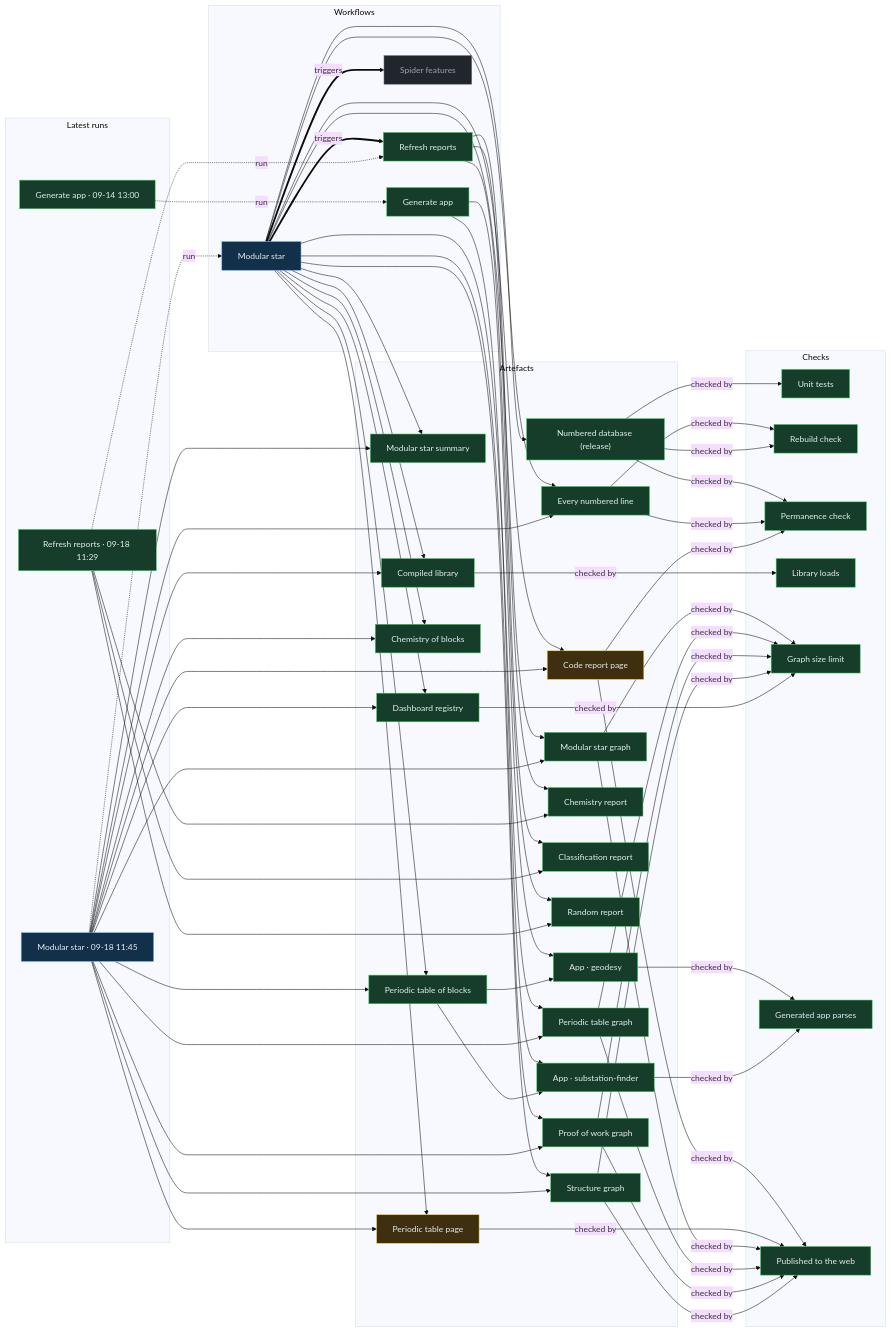
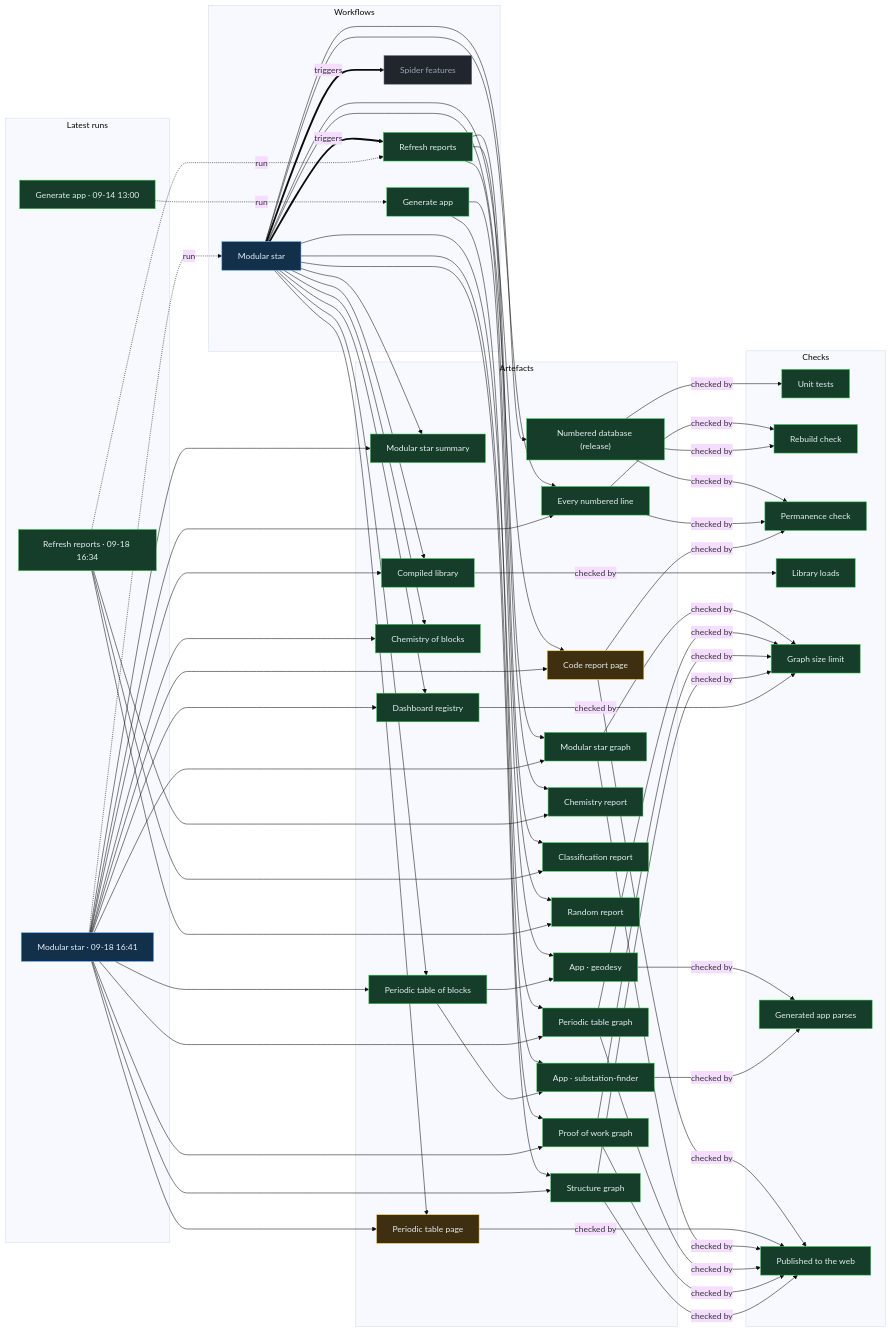
Before and after one commit to Ventusltd/stars: the diagram in proof/PROOF.md, drawn with Mermaid (base theme). The commit also changed other lines of this file and 101 other files, not shown here.

Commit message:
Modular star 2026-09-18T16:44Z

```diff
--- a/proof/PROOF.md
+++ b/proof/PROOF.md
@@ -24,8 +24,8 @@
   n_wf_spider_features["Spider features"]:::off
   end
   subgraph g_runs["Latest runs"]
-  n_run_35341212016["Modular star · 09-18 11:45"]:::live
-  n_run_35339924554["Refresh reports · 09-18 11:29"]:::ok
+  n_run_35369991851["Modular star · 09-18 16:41"]:::live
+  n_run_35369268768["Refresh reports · 09-18 16:34"]:::ok
   n_run_34846587798["Generate app · 09-14 13:00"]:::ok
   end
   subgraph g_artefacts["Artefacts"]
@@ -59,39 +59,39 @@
   end
   n_wf_modular_star == triggers ==> n_wf_refresh
   n_wf_modular_star == triggers ==> n_wf_spider_features
-  n_run_35341212016 -. run .-> n_wf_modular_star
-  n_run_35339924554 -. run .-> n_wf_refresh
+  n_run_35369991851 -. run .-> n_wf_modular_star
+  n_run_35369268768 -. run .-> n_wf_refresh
   n_run_34846587798 -. run .-> n_wf_generate
   n_wf_modular_star --> n_art_summary
-  n_run_35341212016 --> n_art_summary
+  n_run_35369991851 --> n_art_summary
   n_wf_modular_star --> n_art_lines
-  n_run_35341212016 --> n_art_lines
+  n_run_35369991851 --> n_art_lines
   n_wf_modular_star --> n_art_code
-  n_run_35341212016 --> n_art_code
+  n_run_35369991851 --> n_art_code
   n_wf_modular_star --> n_art_modular_graph
-  n_run_35341212016 --> n_art_modular_graph
+  n_run_35369991851 --> n_art_modular_graph
   n_wf_modular_star --> n_art_blocks
-  n_run_35341212016 --> n_art_blocks
+  n_run_35369991851 --> n_art_blocks
   n_wf_modular_star --> n_art_table
-  n_run_35341212016 --> n_art_table
+  n_run_35369991851 --> n_art_table
   n_wf_modular_star --> n_art_blocks_graph
-  n_run_35341212016 --> n_art_blocks_graph
+  n_run_35369991851 --> n_art_blocks_graph
   n_wf_modular_star --> n_art_reactions
-  n_run_35341212016 --> n_art_reactions
+  n_run_35369991851 --> n_art_reactions
   n_wf_modular_star --> n_art_library
-  n_run_35341212016 --> n_art_library
+  n_run_35369991851 --> n_art_library
   n_wf_modular_star --> n_art_features
-  n_run_35341212016 --> n_art_features
+  n_run_35369991851 --> n_art_features
   n_wf_modular_star --> n_art_proof
-  n_run_35341212016 --> n_art_proof
+  n_run_35369991851 --> n_art_proof
   n_wf_modular_star --> n_art_structure
-  n_run_35341212016 --> n_art_structure
+  n_run_35369991851 --> n_art_structure
   n_wf_refresh --> n_art_chemistry
-  n_run_35339924554 --> n_art_chemistry
+  n_run_35369268768 --> n_art_chemistry
   n_wf_refresh --> n_art_vedic
-  n_run_35339924554 --> n_art_vedic
+  n_run_35369268768 --> n_art_vedic
   n_wf_refresh --> n_art_random
-  n_run_35339924554 --> n_art_random
+  n_run_35369268768 --> n_art_random
   n_wf_modular_star --> n_art_release
   n_wf_generate --> n_app_geodesy
   n_art_blocks --> n_app_geodesy
```
